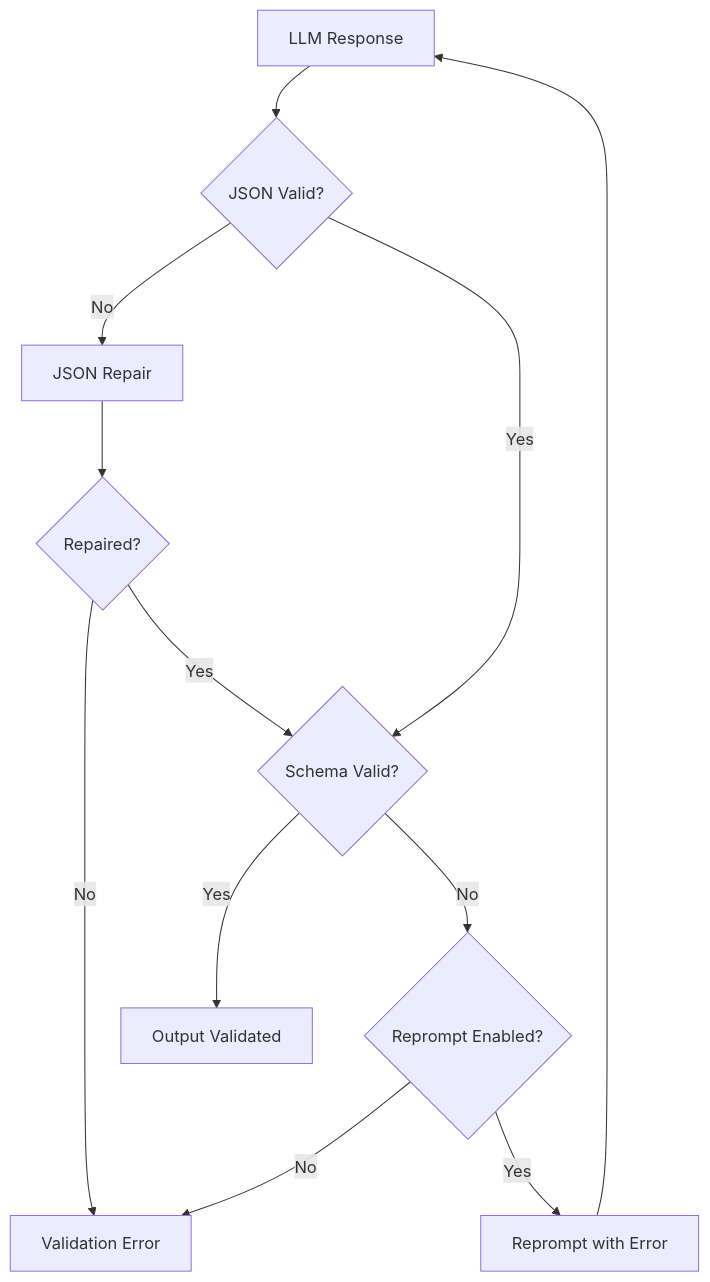
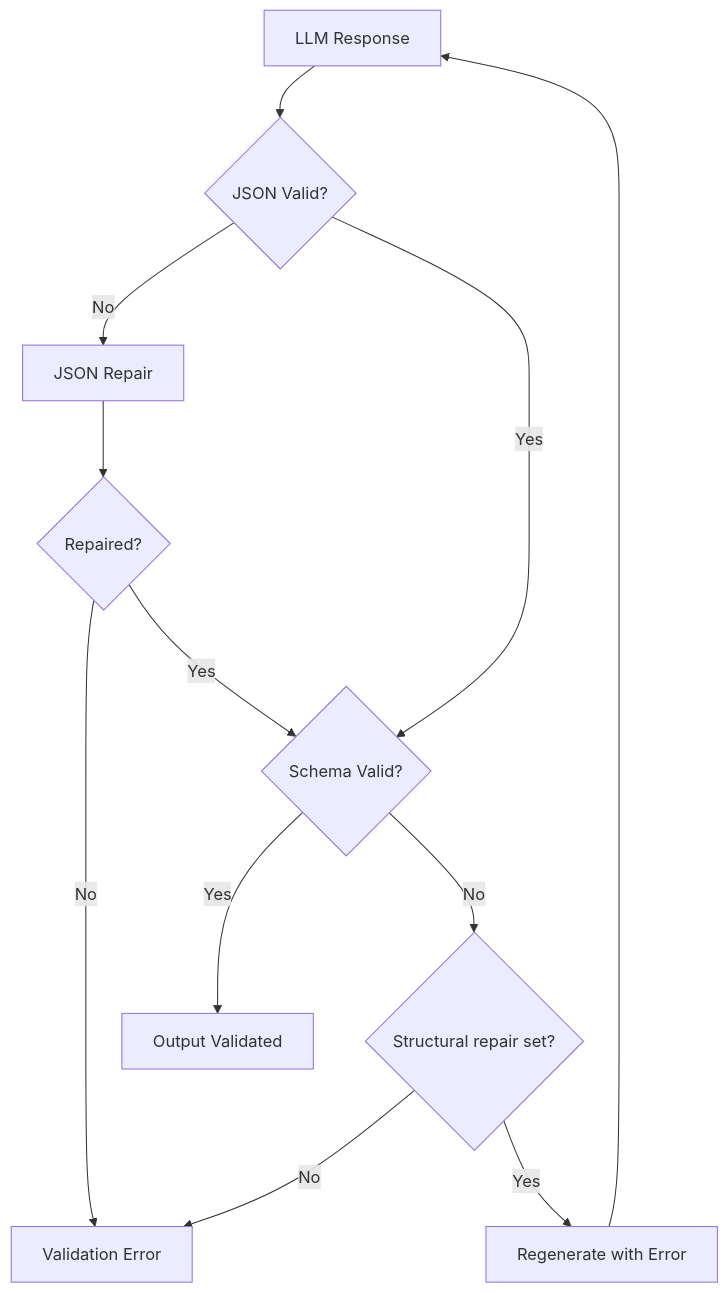
The diagram in docs.agent-actions/docs/reference/schemas/index.md (Muizzkolapo/agent-actions), drawn with Mermaid before and after one commit. The commit also changed other lines of this file and 54 other files, not shown here.

````diff
--- a/docs.agent-actions/docs/reference/schemas/index.md
+++ b/docs.agent-actions/docs/reference/schemas/index.md
@@ -464,14 +464,14 @@
 ```mermaid
 flowchart TD
     A[LLM Response] --> B{JSON Valid?}
     B -->|No| C[JSON Repair]
     C --> D{Repaired?}
     D -->|No| E[Validation Error]
     D -->|Yes| F{Schema Valid?}
     B -->|Yes| F
-    F -->|No| G{Reprompt Enabled?}
-    G -->|Yes| H[Reprompt with Error]
+    F -->|No| G{Structural repair set?}
+    G -->|Yes| H[Regenerate with Error]
     H --> A
     G -->|No| E
     F -->|Yes| I[Output Validated]
 ```
````
